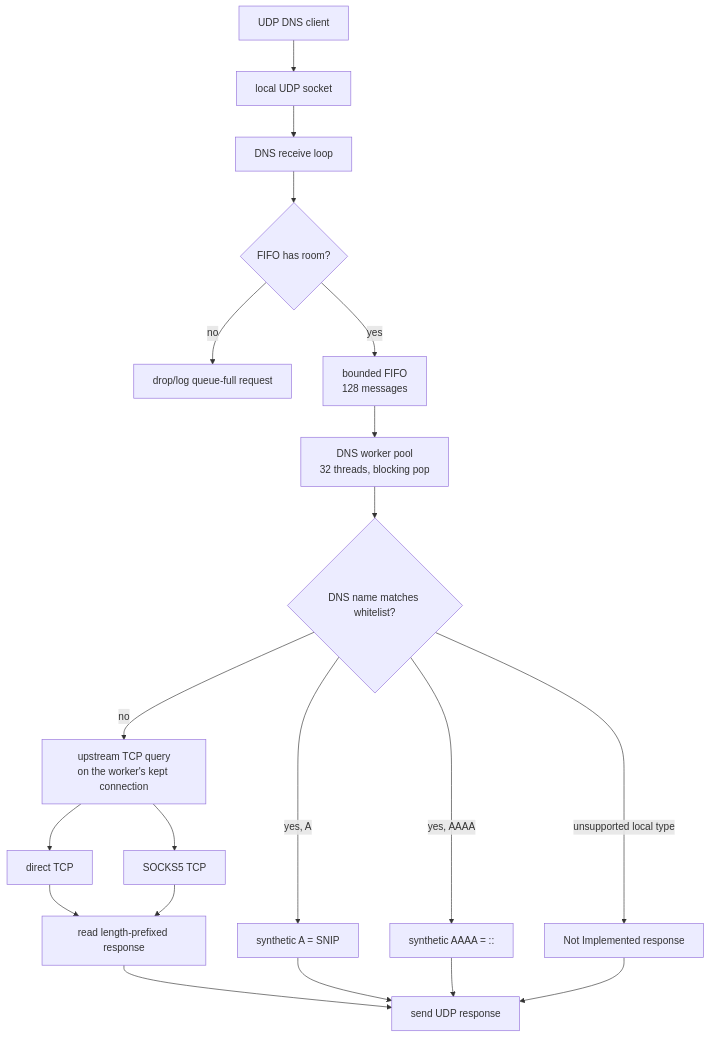
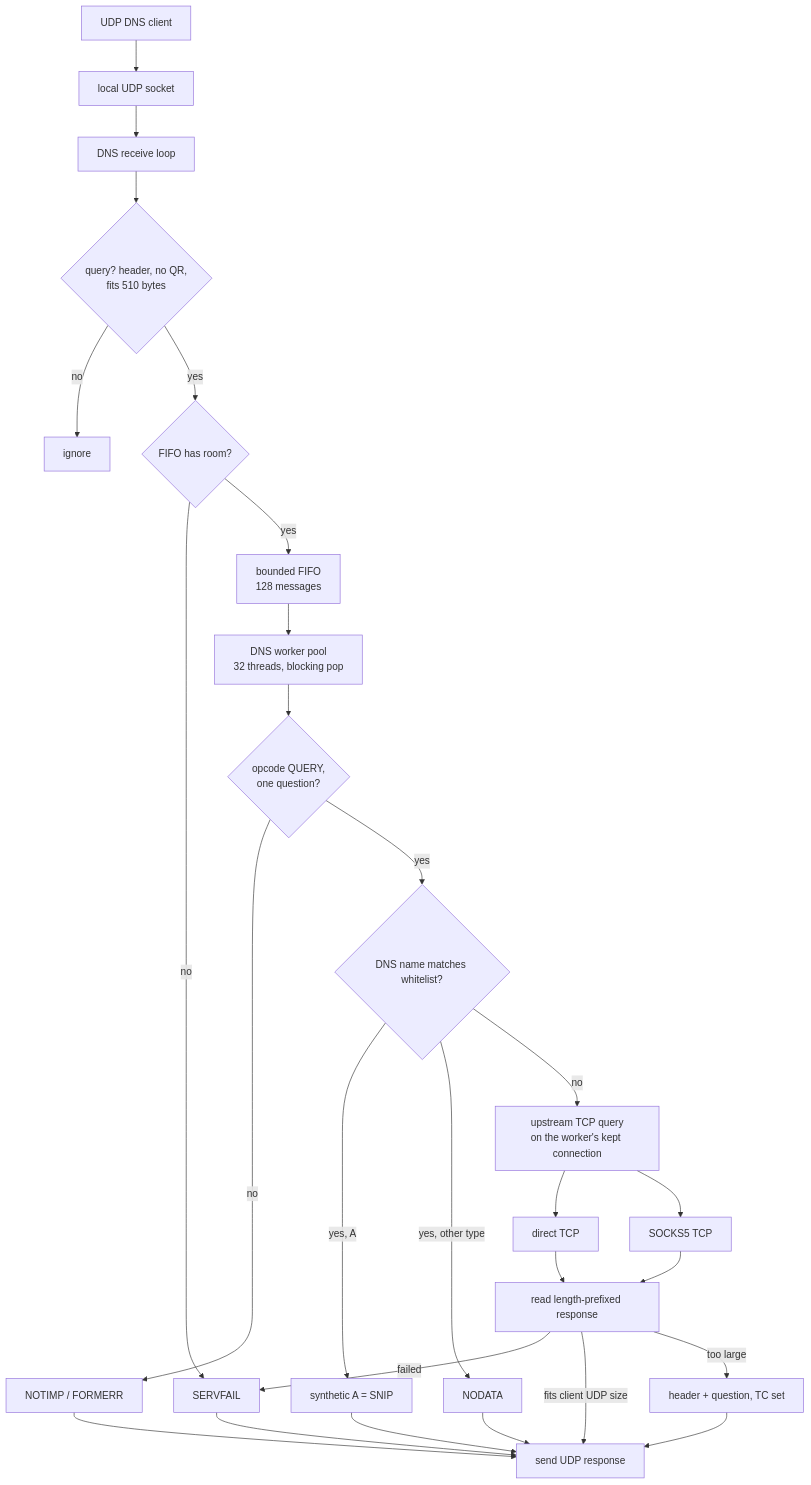
One commit to 0x7a657573/zroxy changed the seventh of 11 diagrams in ARCHITECTURE.md. Above: the diagram before and after it, drawn with Mermaid. The commit also changed other lines of this file and 13 other files, not shown here.

````diff
--- a/ARCHITECTURE.md
+++ b/ARCHITECTURE.md
@@ -569,22 +570,29 @@
 ```mermaid
 flowchart TD
     U[UDP DNS client] --> L[local UDP socket]
     L --> R[DNS receive loop]
-    R --> Q{FIFO has room?}
-    Q -- no --> Drop[drop/log queue-full request]
+    R --> V{query? header, no QR,\nfits 510 bytes}
+    V -- no --> Ignore[ignore]
+    V -- yes --> Q{FIFO has room?}
+    Q -- no --> SF[SERVFAIL]
     Q -- yes --> F[bounded FIFO\n128 messages]
     F --> W[DNS worker pool\n32 threads, blocking pop]
-    W --> C{DNS name matches whitelist?}
+    W --> H{opcode QUERY,\none question?}
+    H -- no --> E[NOTIMP / FORMERR]
+    H -- yes --> C{DNS name matches whitelist?}
     C -- yes, A --> SA[synthetic A = SNIP]
-    C -- yes, AAAA --> SAAAA[synthetic AAAA = ::]
-    C -- unsupported local type --> NI[Not Implemented response]
+    C -- yes, other type --> ND[NODATA]
     C -- no --> T[upstream TCP query\non the worker's kept connection]
     T --> D[direct TCP]
     T --> X[SOCKS5 TCP]
     D --> R2[read length-prefixed response]
     X --> R2
-    R2 --> Reply[send UDP response]
+    R2 -- failed --> SF
+    R2 -- fits client UDP size --> Reply[send UDP response]
+    R2 -- too large --> TC[header + question, TC set]
     SA --> Reply
-    SAAAA --> Reply
-    NI --> Reply
+    ND --> Reply
+    E --> Reply
+    SF --> Reply
+    TC --> Reply
 ```
````
